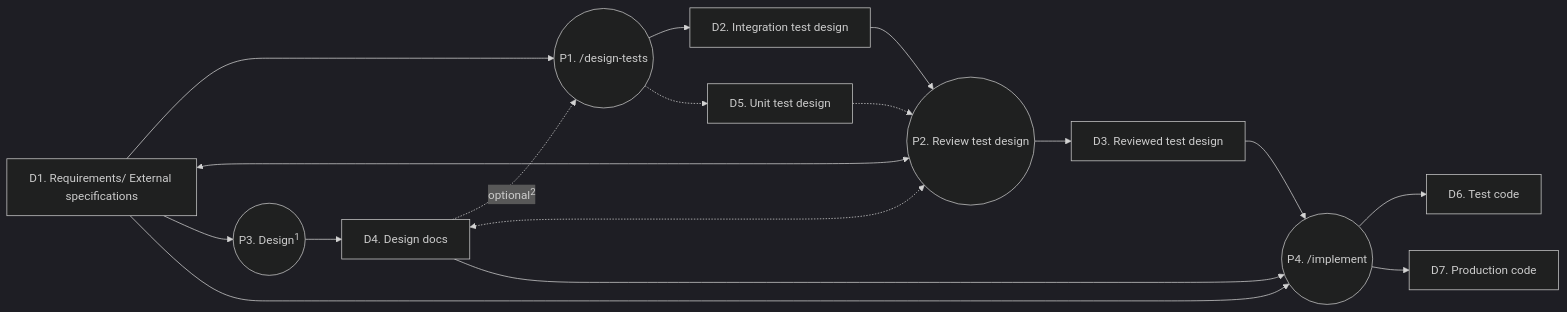
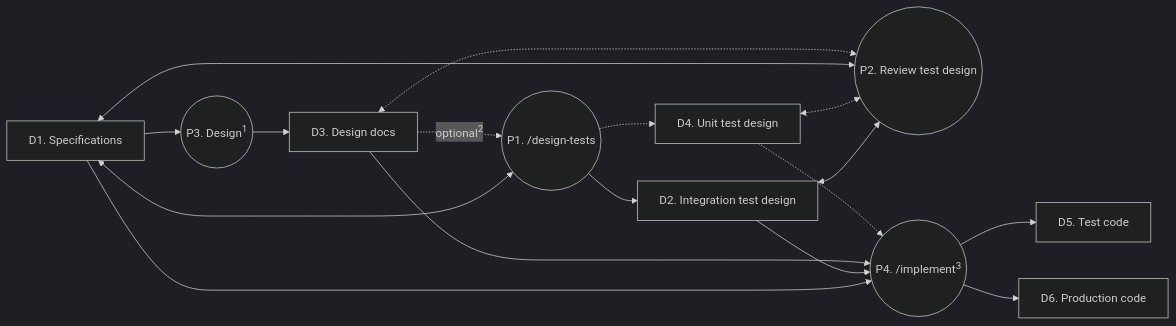
One commit to nowsprinting/unity-coding-skills changed the diagram in README.md. Above: the diagram before and after it, drawn with Mermaid (dark theme). The commit also changed other lines of this file, not shown here.

Commit message:
Draw the reviewed test design as an update in the usage PFD
A review corrects the test design in place and produces no separate
document, and a PFD shows only the deliverables that are actually
produced. The specifications are updated by /design-tests as well,
which writes the resolutions of the assessment back into them.

````diff
--- a/README.md
+++ b/README.md
@@ -38,30 +38,29 @@
 ```mermaid
 flowchart LR
-    D1["D1. Requirements/ External specifications"]
+    D1["D1. Specifications"]
     D2["D2. Integration test design"]
-    D3["D3. Reviewed test design"]
-    D4["D4. Design docs"]
-    D5["D5. Unit test design"]
-    D6["D6. Test code"]
-    D7["D7. Production code"]
+    D3["D3. Design docs"]
+    D4["D4. Unit test design"]
+    D5["D5. Test code"]
+    D6["D6. Production code"]
     P1(("P1. /design-tests"))
     P2(("P2. Review test design"))
     P3(("P3. Design<sup>1</sup>"))
-    P4(("P4. /implement"))
-    D1 --> P1
-    D4 -. "optional<sup>2</sup>" .-> P1
+    P4(("P4. /implement<sup>3</sup>"))
+    D1 <--> P1
+    D3 -. "optional<sup>2</sup>" .-> P1
     P1 --> D2
-    D2 --> P2
-    P1 -.-> D5
-    D5 -.-> P2
+    D2 <--> P2
+    P1 -.-> D4
+    D4 <-.-> P2
     D1 <--> P2
-    D4 <-.-> P2
-    P2 --> D3
+    D3 <-.-> P2
+    D1 --> P3
+    P3 --> D3
+    D1 --> P4
+    D2 --> P4
     D3 --> P4
-    D1 --> P3
-    D1 --> P4
-    P3 --> D4
-    D4 --> P4
+    D4 -.-> P4
+    P4 --> D5
     P4 --> D6
-    P4 --> D7
 ```
````
